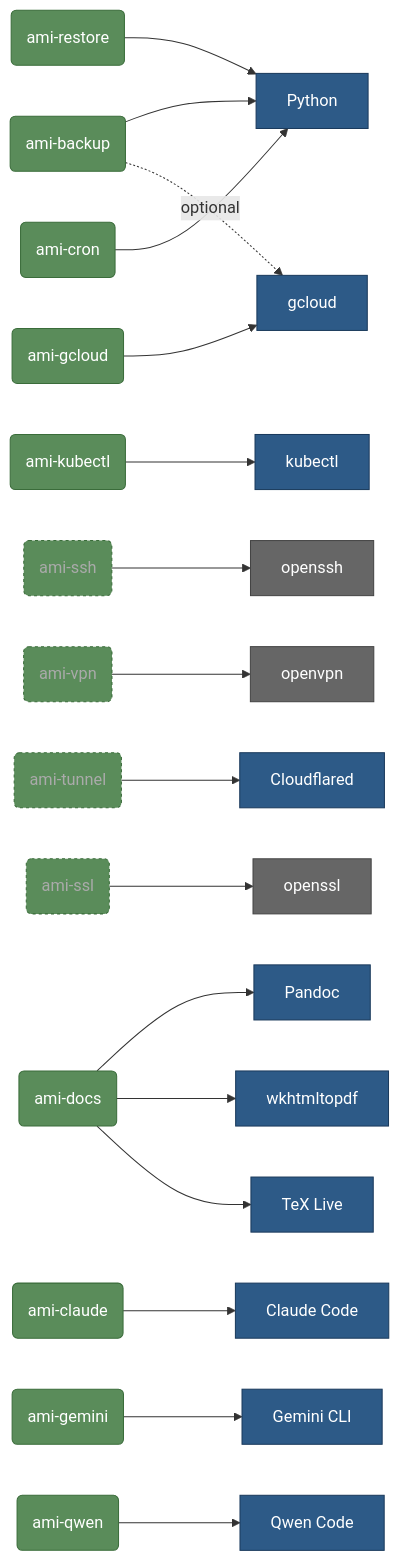
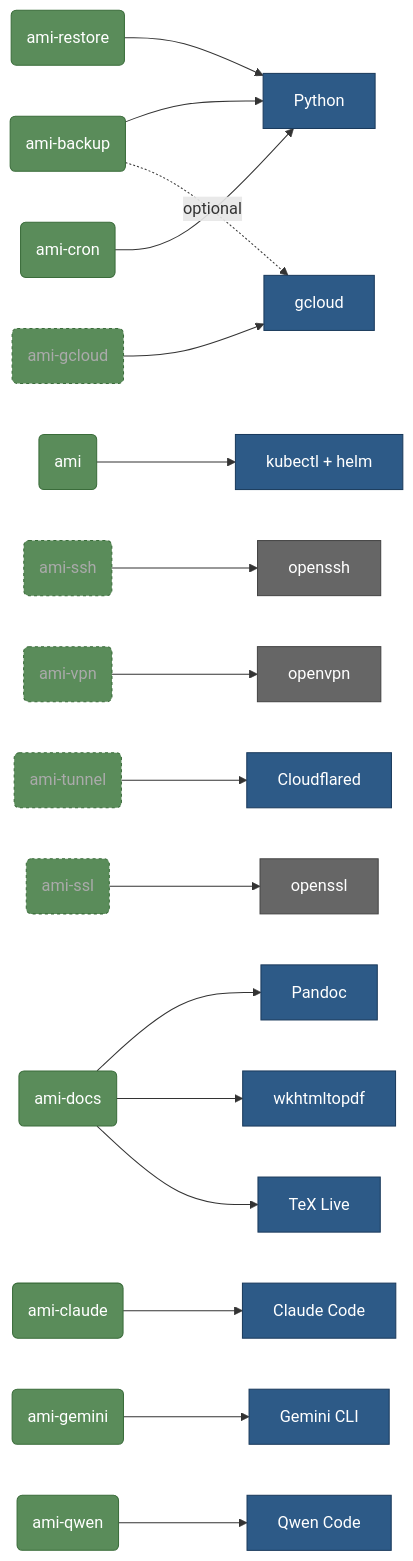
Before and after one commit to tomohawkyo-droid/AMI-AGENTS: the fourth of 6 diagrams in docs/DEPENDENCY-MAP.md, drawn with Mermaid. The commit also changed other lines of this file and 13 other files, not shown here.

First line of the commit message:
refactor: consolidate ami-kubectl + ami-extra into ami CLI subcommands

````diff
--- a/docs/DEPENDENCY-MAP.md
+++ b/docs/DEPENDENCY-MAP.md
@@ -159,31 +159,31 @@
 ```mermaid
 graph LR
     classDef ext fill:#5a8c5a,stroke:#3a6c3a,color:#fff
     classDef boot fill:#2d5a87,stroke:#1a3a5c,color:#fff
     classDef sys fill:#666,stroke:#444,color:#fff
     classDef hidden fill:#5a8c5a,stroke:#3a6c3a,color:#aaa,stroke-dasharray:3 3
 
     %% Dev extensions
     e_backup(ami-backup):::ext --> python[Python]:::boot
     e_backup -. "optional" .-> gcloud[gcloud]:::boot
     e_restore(ami-restore):::ext --> python
-    e_gcloud(ami-gcloud):::ext --> gcloud
-    e_kubectl(ami-kubectl):::ext --> k8s[kubectl]:::boot
+    e_gcloud(ami-gcloud):::hidden --> gcloud
     e_cron(ami-cron):::ext --> python
+    e_ami(ami):::ext --> k8s[kubectl + helm]:::boot
 
     %% Infra (hidden)
     e_ssh(ami-ssh):::hidden --> openssh[openssh]:::sys
     e_vpn(ami-vpn):::hidden --> openvpn[openvpn]:::sys
     e_tunnel(ami-tunnel):::hidden --> cloudflared[Cloudflared]:::boot
     e_ssl(ami-ssl):::hidden --> openssl[openssl]:::sys
 
     %% Docs
     e_docs(ami-docs):::ext --> pandoc[Pandoc]:::boot
     e_docs --> wkhtmltopdf[wkhtmltopdf]:::boot
     e_docs --> texlive[TeX Live]:::boot
 
     %% Agents
     e_claude(ami-claude):::ext --> b_claude[Claude Code]:::boot
     e_gemini(ami-gemini):::ext --> b_gemini[Gemini CLI]:::boot
     e_qwen(ami-qwen):::ext --> b_qwen[Qwen Code]:::boot
 ```
````
